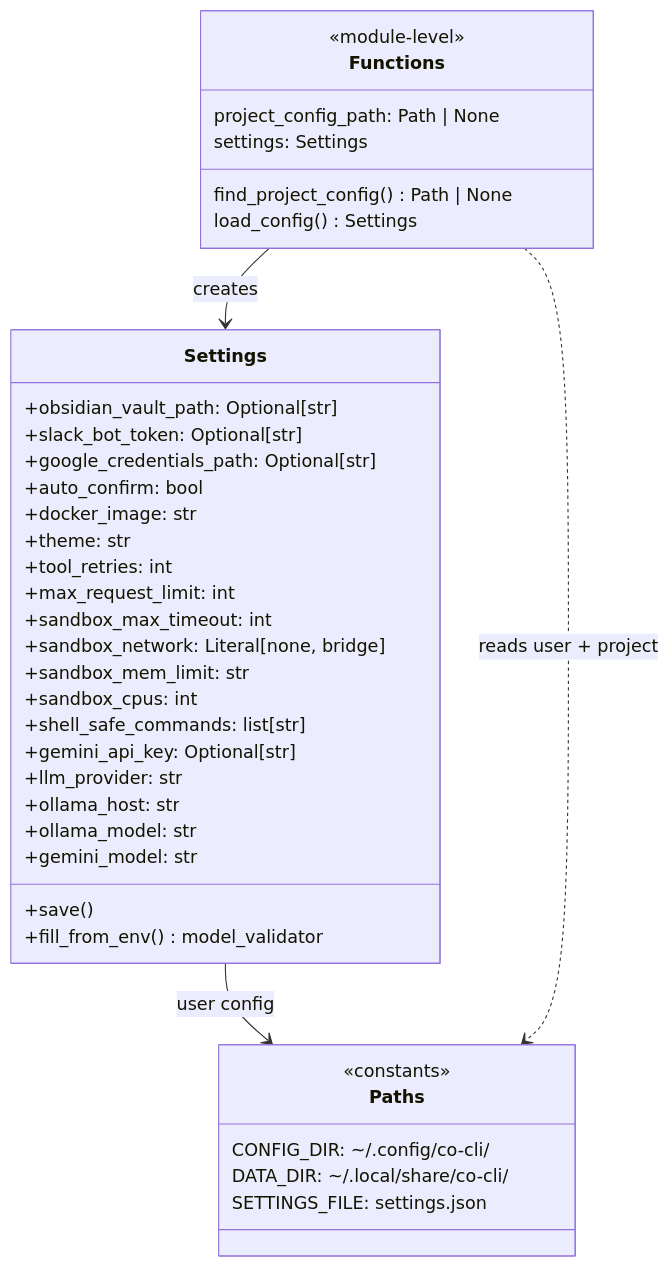
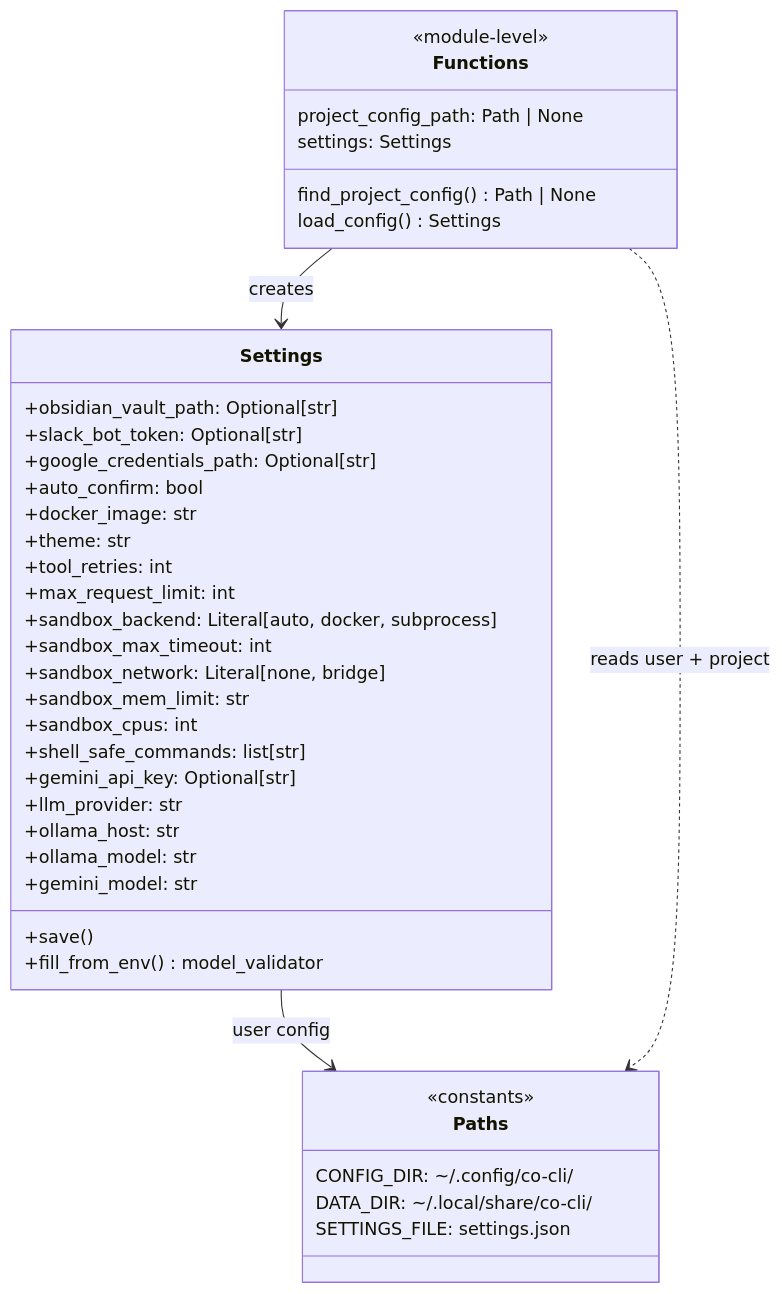
Before and after one commit to binlecode/co-cli: the sixth of 15 diagrams in docs/DESIGN-co-cli.md, drawn with Mermaid. The commit also changed other lines of this file and 20 other files, not shown here.

First line of the commit message:
Add subprocess sandbox fallback, remove completed TODO-shell-safety

````diff
--- a/docs/DESIGN-co-cli.md
+++ b/docs/DESIGN-co-cli.md
@@ -310,44 +310,45 @@
 ```mermaid
 classDiagram
     class Settings {
         +obsidian_vault_path: Optional[str]
         +slack_bot_token: Optional[str]
         +google_credentials_path: Optional[str]
         +auto_confirm: bool
         +docker_image: str
         +theme: str
         +tool_retries: int
         +max_request_limit: int
+        +sandbox_backend: Literal[auto, docker, subprocess]
         +sandbox_max_timeout: int
         +sandbox_network: Literal[none, bridge]
         +sandbox_mem_limit: str
         +sandbox_cpus: int
         +shell_safe_commands: list[str]
         +gemini_api_key: Optional[str]
         +llm_provider: str
         +ollama_host: str
         +ollama_model: str
         +gemini_model: str
         +save()
         +fill_from_env() model_validator
     }
 
     class Paths {
         <<constants>>
         CONFIG_DIR: ~/.config/co-cli/
         DATA_DIR: ~/.local/share/co-cli/
         SETTINGS_FILE: settings.json
     }
 
     class Functions {
         <<module-level>>
         find_project_config() Path | None
         load_config() Settings
         project_config_path: Path | None
         settings: Settings
     }
 
     Settings --> Paths : user config
     Functions --> Settings : creates
     Functions ..> Paths : reads user + project
 ```
````
